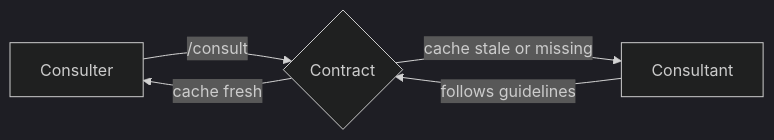
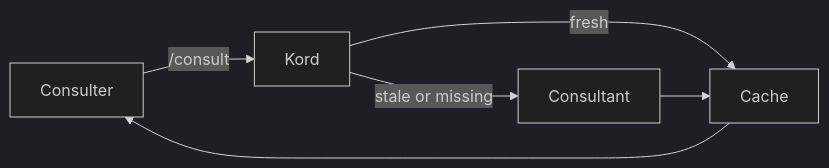
One commit to Kord96/kordinate changed the diagram in docs/framework/kords.md. Above: the diagram before and after it, drawn with Mermaid (dark theme). The commit also changed other lines of this file, not shown here.

````diff
--- a/docs/framework/kords.md
+++ b/docs/framework/kords.md
@@ -10,7 +7,8 @@
 ```mermaid
 flowchart LR
-    C[Consulter] -->|/consult| R{Contract}
-    R -->|cache fresh| C
-    R -->|cache stale or missing| A[Consultant]
-    A -->|follows guidelines| R
+    C[Consulter] -->|/consult| K[Kord]
+    K -->|fresh| CA[Cache]
+    CA --> C
+    K -->|stale or missing| A[Consultant]
+    A --> CA
 ```
````
